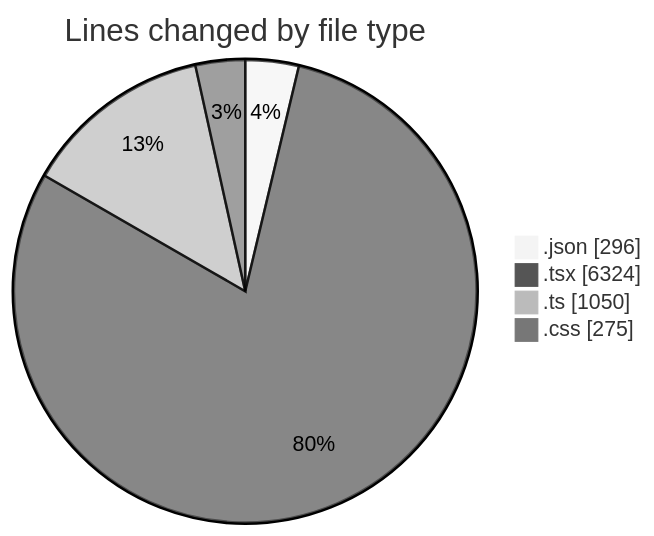
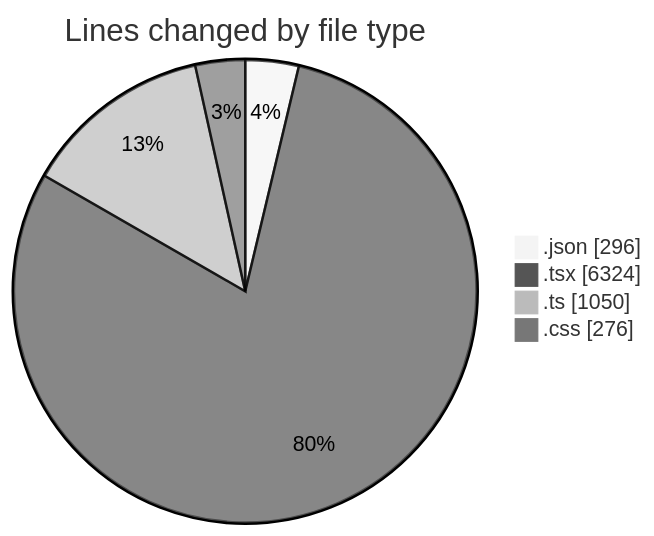
Before and after one commit to julien-gomy/code-tracking: the first of 2 diagrams in 2025-10-07/eventscop-frontend-guide__workspace_/README.md, drawn with Mermaid (neutral theme). The commit also changed other lines of this file and 1 other file, not shown here.

````diff
--- a/2025-10-07/eventscop-frontend-guide__workspace_/README.md
+++ b/2025-10-07/eventscop-frontend-guide__workspace_/README.md
@@ -63,8 +63,8 @@
 ```mermaid
 pie showData
 title Lines changed by file type
 ".json" : 296
 ".tsx" : 6324
 ".ts" : 1050
-".css" : 275
+".css" : 276
 ```
````
